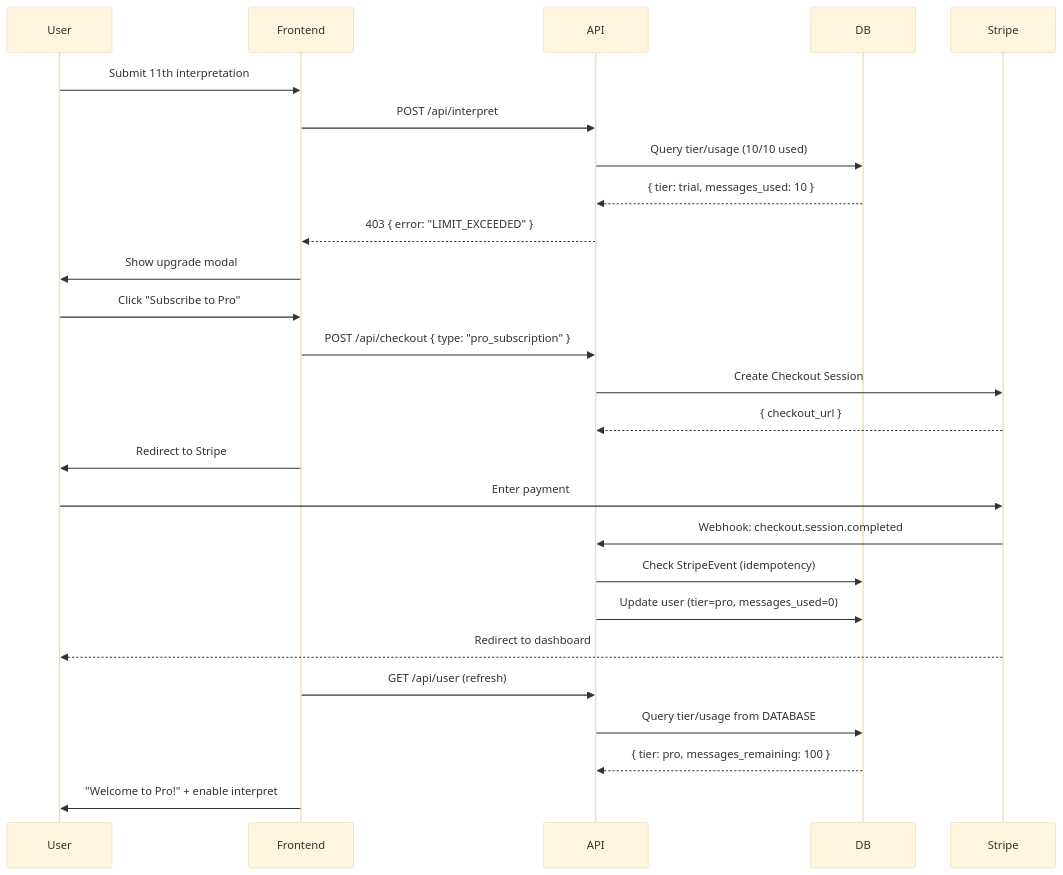
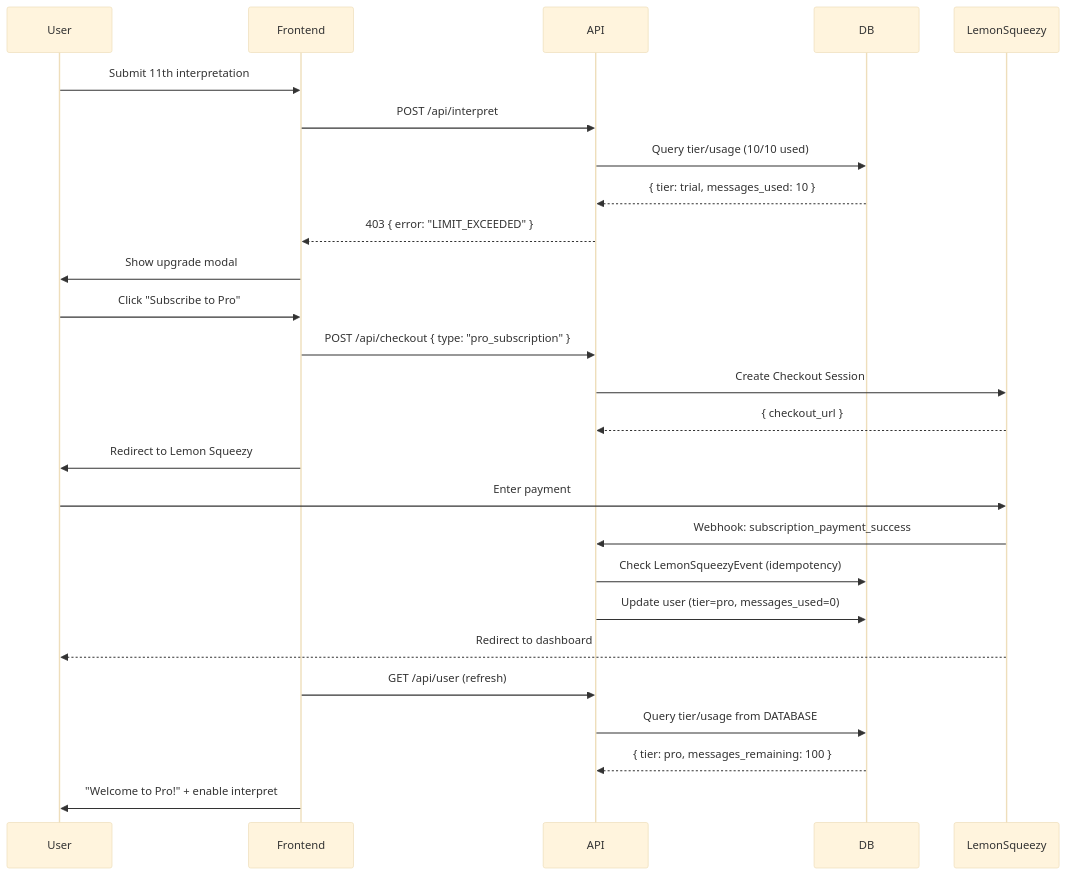
Before and after one commit to borisigal/towerofbabel: the second of 2 diagrams in docs/architecture/8-core-workflows.md, drawn with Mermaid (base theme). The commit also changed 24 other files, not shown here.

````diff
--- a/docs/architecture/8-core-workflows.md
+++ b/docs/architecture/8-core-workflows.md
@@ -43,32 +43,32 @@
 ```mermaid
 sequenceDiagram
     participant User
     participant Frontend
     participant API
     participant DB
-    participant Stripe
+    participant LemonSqueezy
 
     User->>Frontend: Submit 11th interpretation
     Frontend->>API: POST /api/interpret
     API->>DB: Query tier/usage (10/10 used)
     DB-->>API: { tier: trial, messages_used: 10 }
     API-->>Frontend: 403 { error: "LIMIT_EXCEEDED" }
     Frontend->>User: Show upgrade modal
 
     User->>Frontend: Click "Subscribe to Pro"
     Frontend->>API: POST /api/checkout { type: "pro_subscription" }
-    API->>Stripe: Create Checkout Session
-    Stripe-->>API: { checkout_url }
-    Frontend->>User: Redirect to Stripe
+    API->>LemonSqueezy: Create Checkout Session
+    LemonSqueezy-->>API: { checkout_url }
+    Frontend->>User: Redirect to Lemon Squeezy
 
-    User->>Stripe: Enter payment
-    Stripe->>API: Webhook: checkout.session.completed
-    API->>DB: Check StripeEvent (idempotency)
+    User->>LemonSqueezy: Enter payment
+    LemonSqueezy->>API: Webhook: subscription_payment_success
+    API->>DB: Check LemonSqueezyEvent (idempotency)
     API->>DB: Update user (tier=pro, messages_used=0)
-    Stripe-->>User: Redirect to dashboard
+    LemonSqueezy-->>User: Redirect to dashboard
 
     Frontend->>API: GET /api/user (refresh)
     API->>DB: Query tier/usage from DATABASE
     DB-->>API: { tier: pro, messages_remaining: 100 }
     Frontend->>User: "Welcome to Pro!" + enable interpret
 ```
````
